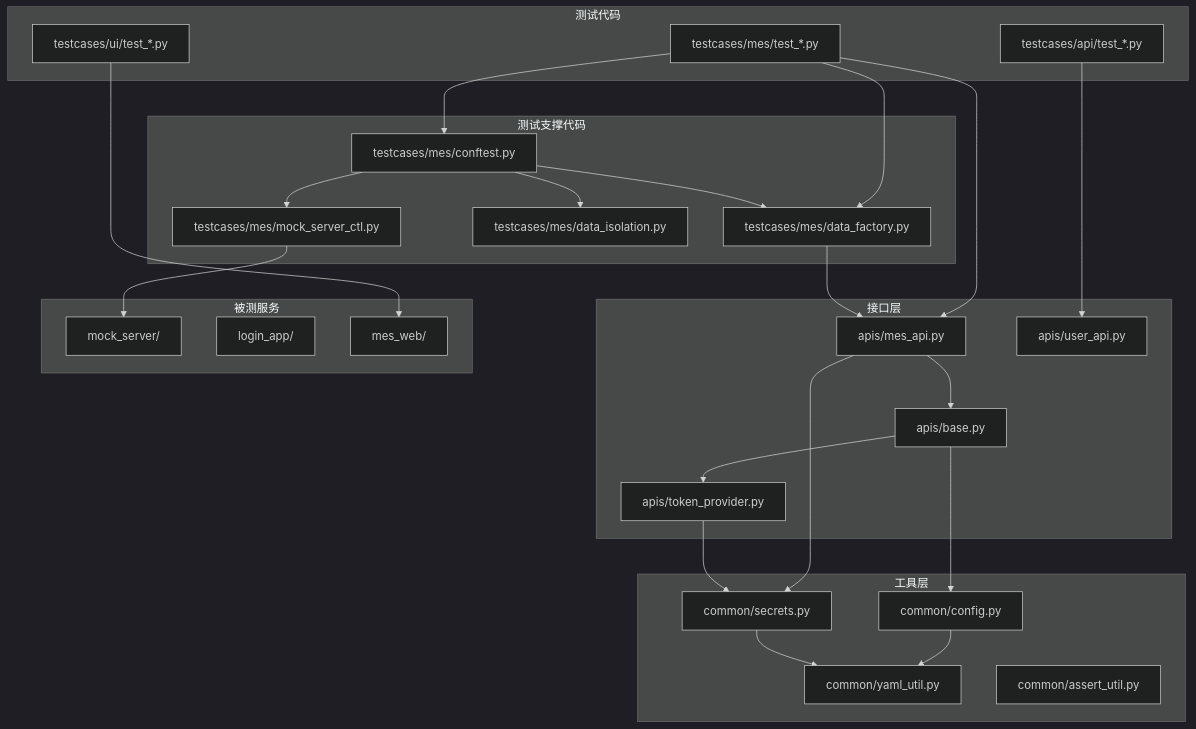
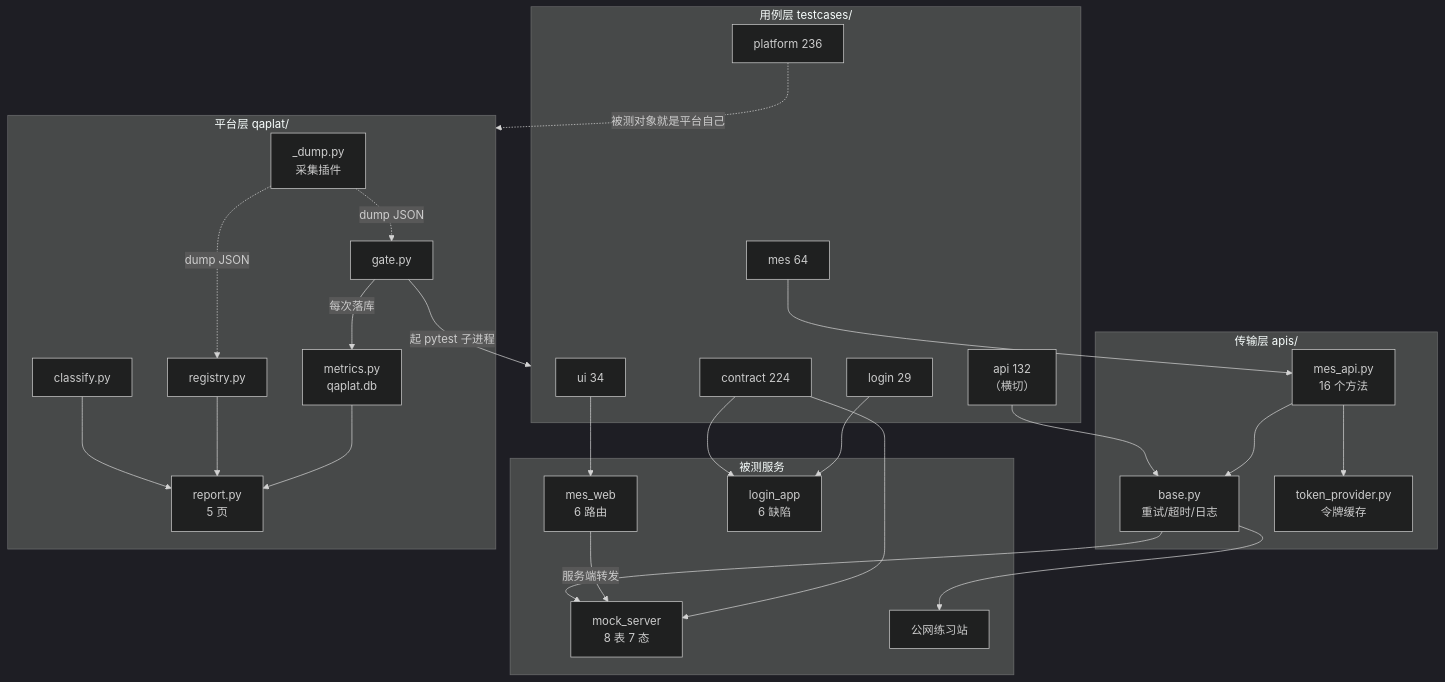
Before and after one commit to lefan17/fullstack-test-framework: the first of 2 diagrams in docs/初学者完全入门.md, drawn with Mermaid (dark theme). The commit also changed other lines of this file, not shown here.

````diff
--- a/docs/初学者完全入门.md
+++ b/docs/初学者完全入门.md
@@ -555,53 +166,52 @@
 ```mermaid
-flowchart TD
-    subgraph tests["测试代码"]
-        T1["testcases/mes/test_*.py"]
-        T2["testcases/api/test_*.py"]
-        T3["testcases/ui/test_*.py"]
+flowchart TB
+    subgraph L1["用例层 testcases/"]
+        t_api["api 132<br/>（横切）"]
+        t_mes["mes 64"]
+        t_ui["ui 34"]
+        t_ct["contract 224"]
+        t_lg["login 29"]
+        t_pf["platform 236"]
     end
 
-    subgraph support["测试支撑代码"]
-        C1["testcases/mes/conftest.py"]
-        C2["testcases/mes/data_factory.py"]
-        C3["testcases/mes/data_isolation.py"]
-        C4["testcases/mes/mock_server_ctl.py"]
+    subgraph L2["传输层 apis/"]
+        base["base.py<br/>重试/超时/日志"]
+        mes_api["mes_api.py<br/>16 个方法"]
+        tok["token_provider.py<br/>令牌缓存"]
     end
 
-    subgraph apis["接口层"]
-        A1["apis/mes_api.py"]
-        A2["apis/base.py"]
-        A3["apis/token_provider.py"]
-        A4["apis/user_api.py"]
+    subgraph L3["被测服务"]
+        mock["mock_server<br/>8 表 7 态"]
+        web["mes_web<br/>6 路由"]
+        lapp["login_app<br/>6 缺陷"]
+        pub["公网练习站"]
     end
 
-    subgraph common["工具层"]
-        M1["common/config.py"]
-        M2["common/secrets.py"]
-        M3["common/yaml_util.py"]
-        M4["common/assert_util.py"]
+    subgraph L4["平台层 qaplat/"]
+        dump["_dump.py<br/>采集插件"]
+        reg["registry.py"]
+        met["metrics.py<br/>qaplat.db"]
+        gat["gate.py"]
+        rep["report.py<br/>5 页"]
+        cls["classify.py"]
     end
 
-    subgraph sut["被测服务"]
-        S1["mock_server/"]
-        S2["login_app/"]
-        S3["mes_web/"]
-    end
+    t_api --> base --> pub
+    t_mes --> mes_api --> base
+    mes_api --> tok
+    base --> mock
+    t_ui --> web
+    web -->|"服务端转发"| mock
+    t_ct --> mock
+    t_ct --> lapp
+    t_lg --> lapp
 
-    T1 --> C1
-    T1 --> C2
-    T1 --> A1
-    C1 --> C2
-    C1 --> C3
-    C1 --> C4
-    C4 --> S1
-    C2 --> A1
-    A1 --> A2
-    A2 --> A3
-    A1 --> M2
-    A2 --> M1
-    A3 --> M2
-    M1 --> M3
-    M2 --> M3
-    T2 --> A4
-    T3 --> S3
+    gat -->|"起 pytest 子进程"| L1
+    dump -.->|"dump JSON"| gat
+    dump -.->|"dump JSON"| reg
+    gat -->|"每次落库"| met
+    cls --> rep
+    reg --> rep
+    met --> rep
+    t_pf -.->|"被测对象就是平台自己"| L4
 ```
````
